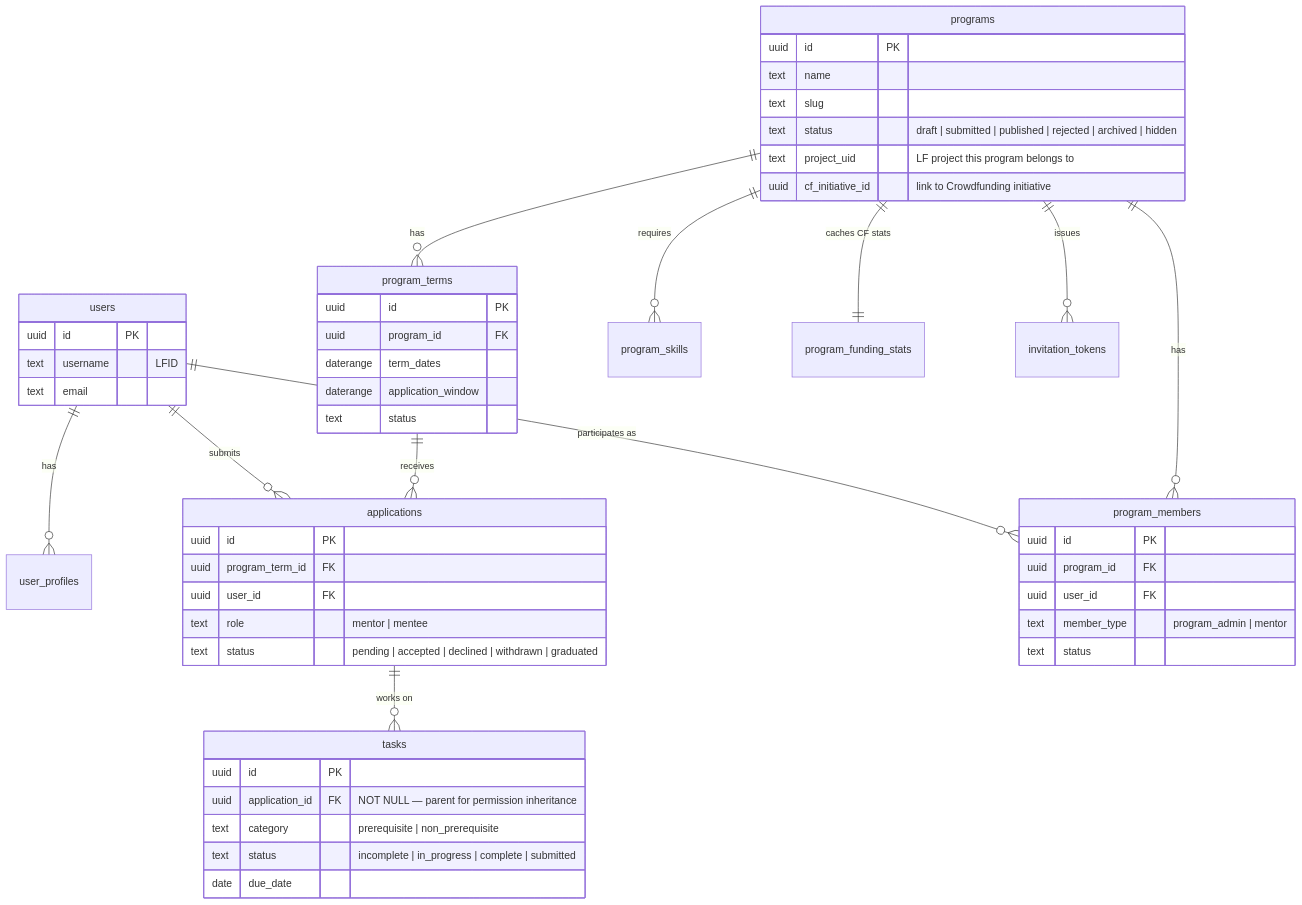
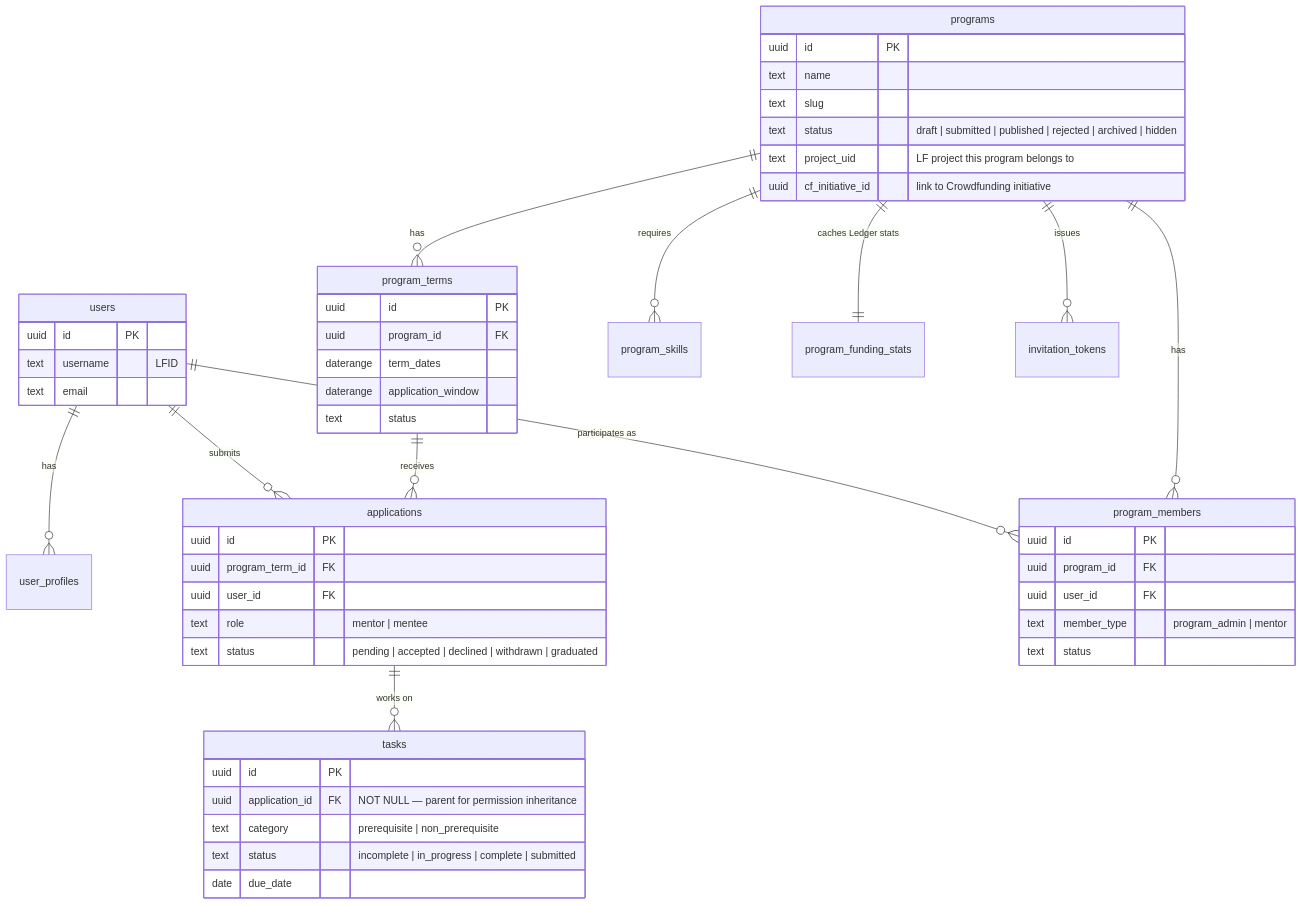
One commit to linuxfoundation/lfx-mentorship changed the second of 2 diagrams in docs/rewrite/02-target-architecture.md. Above: the diagram before and after it, drawn with Mermaid. The commit also changed other lines of this file and 2 other files, not shown here.

First line of the commit message:
docs: resolve funding-flow contradictions and name the program-admin gap

````diff
--- a/docs/rewrite/02-target-architecture.md
+++ b/docs/rewrite/02-target-architecture.md
@@ -96,55 +97,55 @@
 ```mermaid
 erDiagram
     users ||--o{ user_profiles : has
     users ||--o{ applications : submits
     users ||--o{ program_members : "participates as"
     programs ||--o{ program_terms : has
     programs ||--o{ program_members : has
     programs ||--o{ program_skills : requires
-    programs ||--|| program_funding_stats : "caches CF stats"
+    programs ||--|| program_funding_stats : "caches Ledger stats"
     program_terms ||--o{ applications : receives
     applications ||--o{ tasks : "works on"
     programs ||--o{ invitation_tokens : issues
 
     users {
         uuid id PK
         text username "LFID"
         text email
     }
     programs {
         uuid id PK
         text name
         text slug
         text status "draft | submitted | published | rejected | archived | hidden"
         text project_uid "LF project this program belongs to"
         uuid cf_initiative_id "link to Crowdfunding initiative"
     }
     program_terms {
         uuid id PK
         uuid program_id FK
         daterange term_dates
         daterange application_window
         text status
     }
     applications {
         uuid id PK
         uuid program_term_id FK
         uuid user_id FK
         text role "mentor | mentee"
         text status "pending | accepted | declined | withdrawn | graduated"
     }
     program_members {
         uuid id PK
         uuid program_id FK
         uuid user_id FK
         text member_type "program_admin | mentor"
         text status
     }
     tasks {
         uuid id PK
         uuid application_id FK "NOT NULL — parent for permission inheritance"
         text category "prerequisite | non_prerequisite"
         text status "incomplete | in_progress | complete | submitted"
         date due_date
     }
 ```
````
